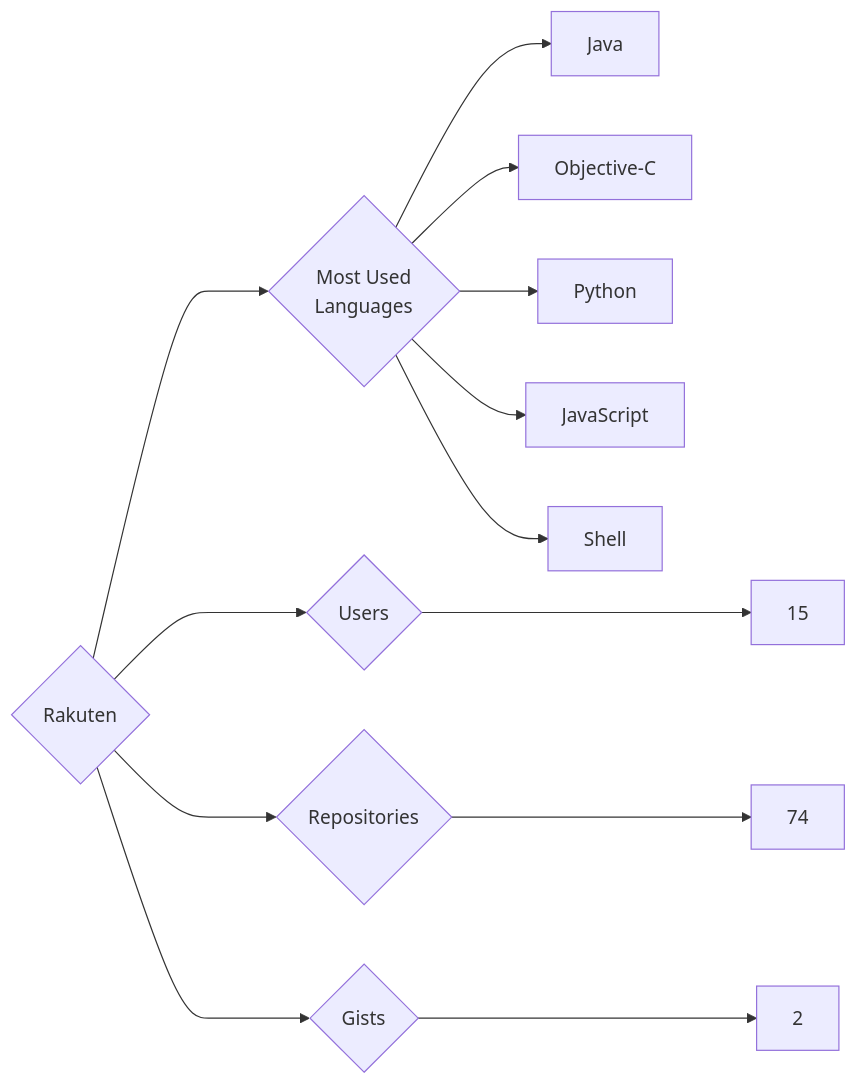
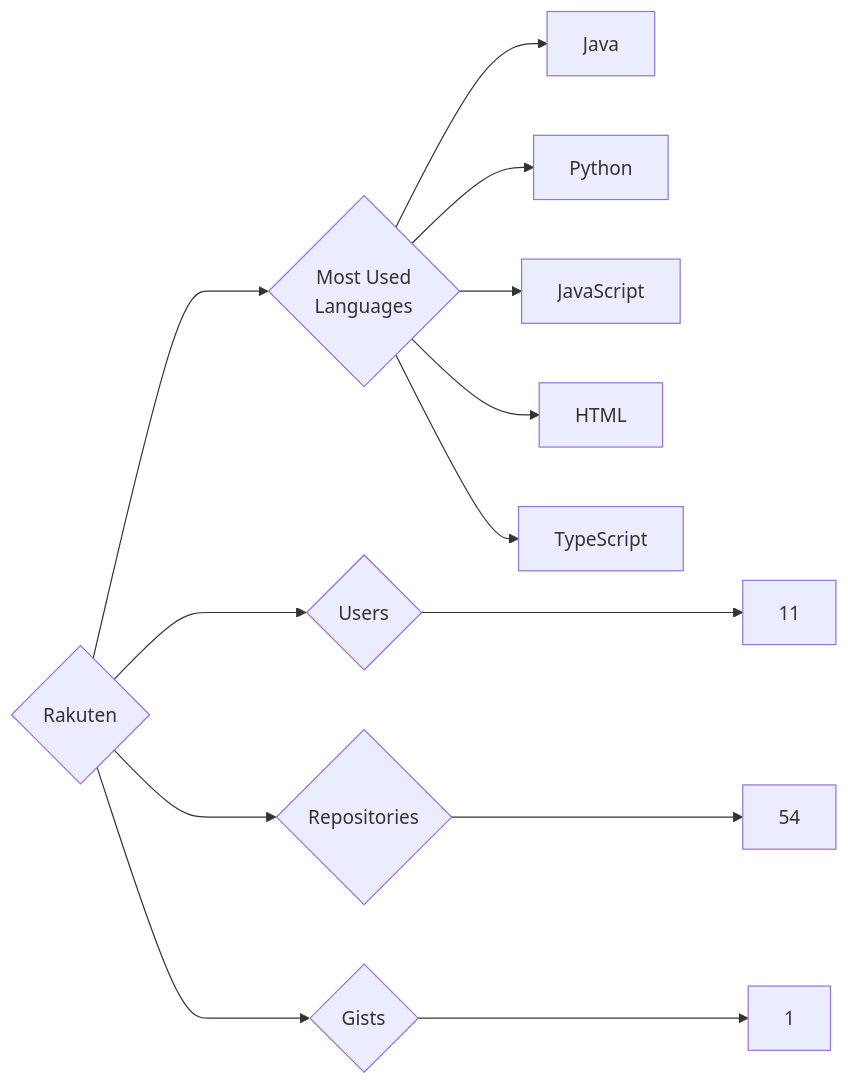
The diagram in targets/Rakuten/README.md (trickest/insiders), drawn with Mermaid before and after one commit. The commit also changed 912 other files, not shown here.

````diff
--- a/targets/Rakuten/README.md
+++ b/targets/Rakuten/README.md
@@ -3,13 +3,13 @@
 ```mermaid
 graph LR
 COMPANY_NAME{Rakuten}
-COMPANY_NAME ---> U{Users} ---> UN[15]
-COMPANY_NAME ---> R{Repositories} ---> RN[74]
-COMPANY_NAME ---> G{Gists} ---> GN[2]
+COMPANY_NAME ---> U{Users} ---> UN[11]
+COMPANY_NAME ---> R{Repositories} ---> RN[54]
+COMPANY_NAME ---> G{Gists} ---> GN[1]
 COMPANY_NAME ---> ML{Most Used<br>Languages}
 ML --> Java[Java]
-ML --> Objective-C[Objective-C]
 ML --> Python[Python]
 ML --> JavaScript[JavaScript]
-ML --> Shell[Shell]
+ML --> HTML[HTML]
+ML --> TypeScript[TypeScript]
 ```
````
